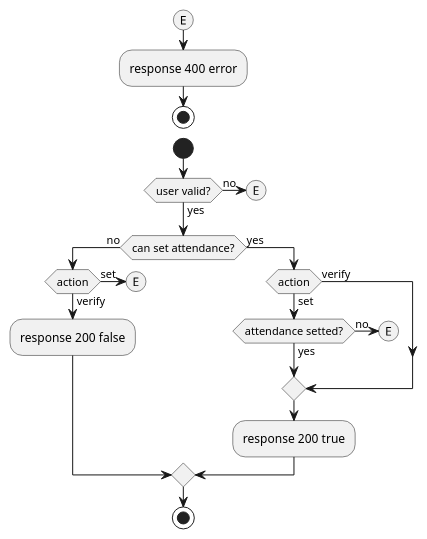
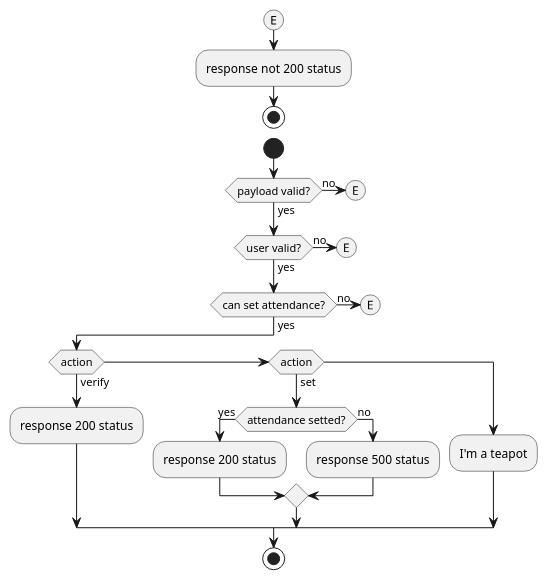
The diagram in diagrams/attendances-function.plantuml (alex9446/soci-stage), drawn with PlantUML before and after one commit.

Commit message:
updated attendances diagram to the writed code

```diff
--- a/diagrams/attendances-function.plantuml
+++ b/diagrams/attendances-function.plantuml
@@ -1,31 +1,34 @@
 @startuml attendances
 (E)
-:response 400 error;
+:response not 200 status;
 stop
 
 start
+if (payload valid?) then (no)
+  (E)
+  detach
+else (yes)
+endif
 if (user valid?) then (no)
   (E)
   detach
 else (yes)
 endif
 if (can set attendance?) then (no)
-  if (action) then (set)
-    (E)
-    detach
-  else (verify)
-    :response 200 false;
+  (E)
+  detach
+else (yes)
+endif
+if (action) then (verify)
+  :response 200 status;
+else if (action) then (set)
+  if (attendance setted?) then (yes)
+    :response 200 status;
+  else (no)
+    :response 500 status;
   endif
-else (yes)
-  if (action) then (set)
-    if (attendance setted?) then (no)
-      (E)
-      detach
-    else (yes)
-    endif
-  else (verify)
-  endif
-  :response 200 true;
+else
+  :I'm a teapot;
 endif
 stop
 @enduml
```
